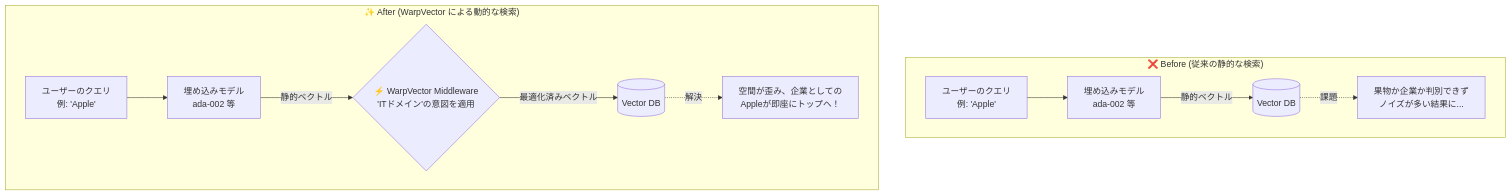
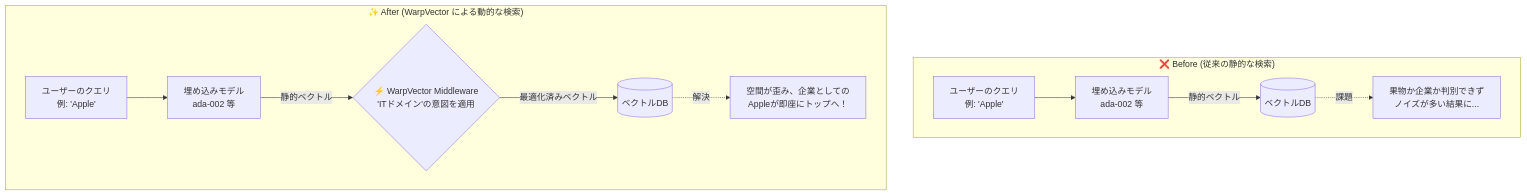
One commit to daiki-moritake/warpvector changed the first of 2 diagrams in README.ja.md. Above: the diagram before and after it, drawn with Mermaid. The commit also changed other lines of this file and 1 other file, not shown here.

````diff
--- a/README.ja.md
+++ b/README.ja.md
@@ -44,15 +44,15 @@
 ```mermaid
 graph TD
     subgraph "❌ Before (従来の静的な検索)"
         B_Query[ユーザーのクエリ<br/>例: 'Apple'] --> B_LLM[埋め込みモデル<br/>ada-002 等]
-        B_LLM -->|静的ベクトル| B_DB[(Vector DB)]
+        B_LLM -->|静的ベクトル| B_DB[(ベクトルDB)]
         B_DB -.->|課題| B_Result[果物か企業か判別できず<br/>ノイズが多い結果に...]
     end
 
     subgraph "✨ After (WarpVector による動的な検索)"
         A_Query[ユーザーのクエリ<br/>例: 'Apple'] --> A_LLM[埋め込みモデル<br/>ada-002 等]
         A_LLM -->|静的ベクトル| A_WV{⚡️ WarpVector Middleware<br/>'ITドメイン'の意図を適用}
-        A_WV -->|最適化済みベクトル| A_DB[(Vector DB)]
+        A_WV -->|最適化済みベクトル| A_DB[(ベクトルDB)]
         A_DB -.->|解決| A_Result[空間が歪み、企業としての<br/>Appleが即座にトップへ！]
     end
 ```
````
